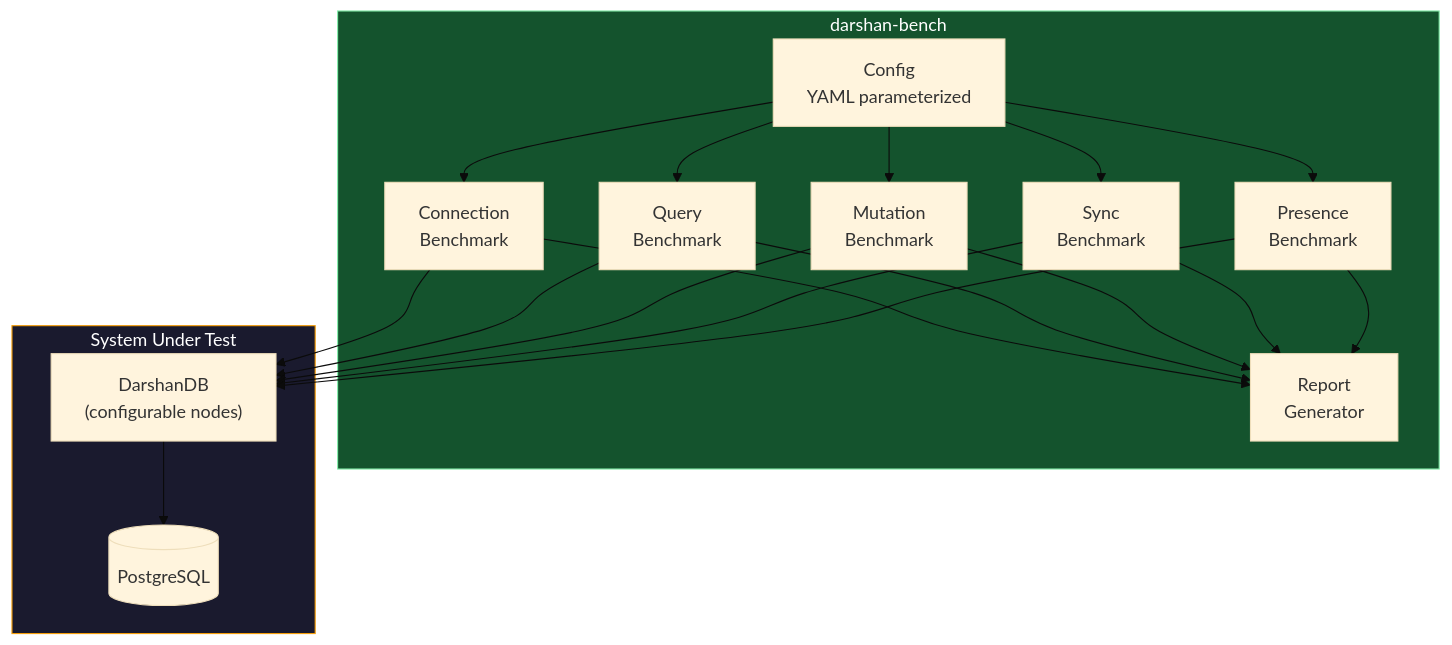
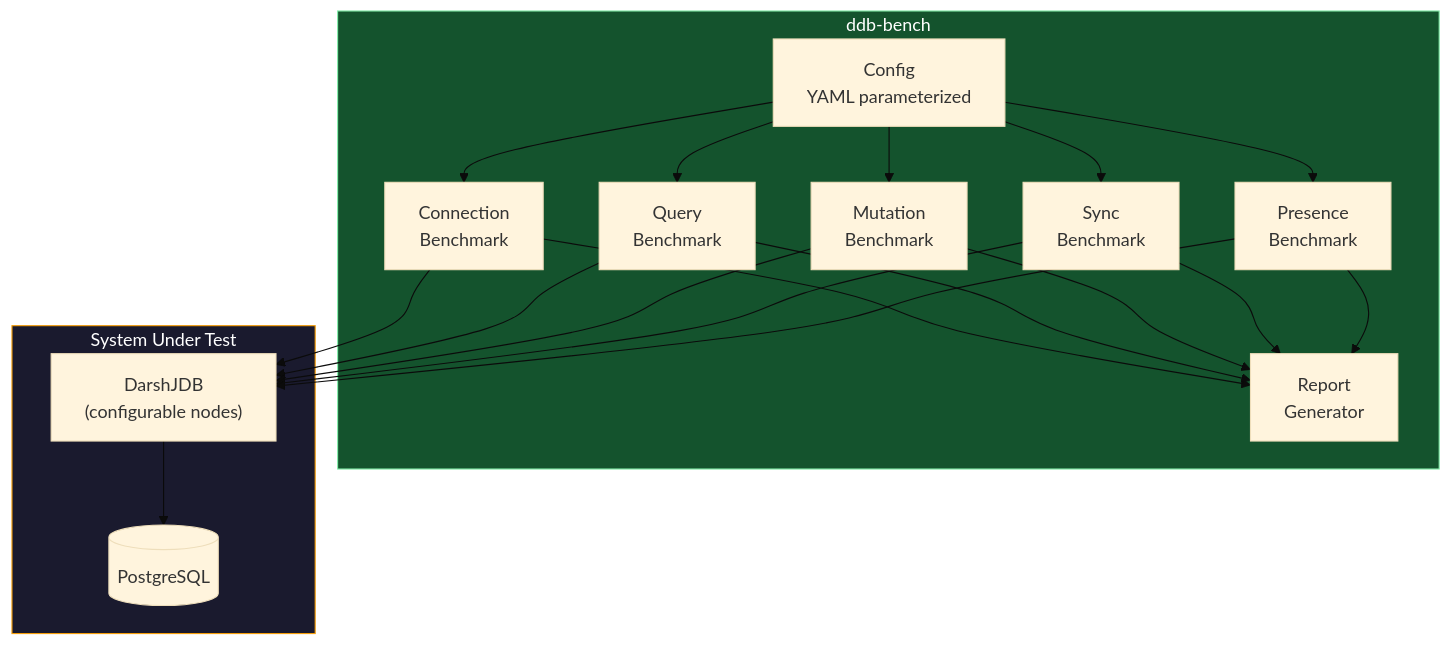
One commit to darshjme/darshjdb changed diagram 12 of 12 in docs/strategy/SCALABILITY_STRATEGY.md. Above: the diagram before and after it, drawn with Mermaid (base theme). The commit also changed other lines of this file and 107 other files, not shown here.

First line of the commit message:
rebrand: DarshanDB → DarshJDB (DDB)

````diff
--- a/docs/strategy/SCALABILITY_STRATEGY.md
+++ b/docs/strategy/SCALABILITY_STRATEGY.md
@@ -1279,25 +1279,25 @@
 ```mermaid
 graph TB
-    subgraph BenchRunner["darshan-bench"]
+    subgraph BenchRunner["ddb-bench"]
         Config["Config\nYAML parameterized"]
         ConnBench["Connection\nBenchmark"]
         QueryBench["Query\nBenchmark"]
         MutBench["Mutation\nBenchmark"]
         SyncBench["Sync\nBenchmark"]
         PresBench["Presence\nBenchmark"]
         Report["Report\nGenerator"]
     end
 
     subgraph SUT["System Under Test"]
-        DDB["DarshanDB\n(configurable nodes)"]
+        DDB["DarshJDB\n(configurable nodes)"]
         PG[("PostgreSQL")]
     end
 
     Config --> ConnBench & QueryBench & MutBench & SyncBench & PresBench
     ConnBench & QueryBench & MutBench & SyncBench & PresBench --> DDB
     DDB --> PG
     ConnBench & QueryBench & MutBench & SyncBench & PresBench --> Report
 
     style BenchRunner fill:#14532d,stroke:#86efac,color:#fff
     style SUT fill:#1a1a2e,stroke:#F59E0B,color:#fff
 ```
````
